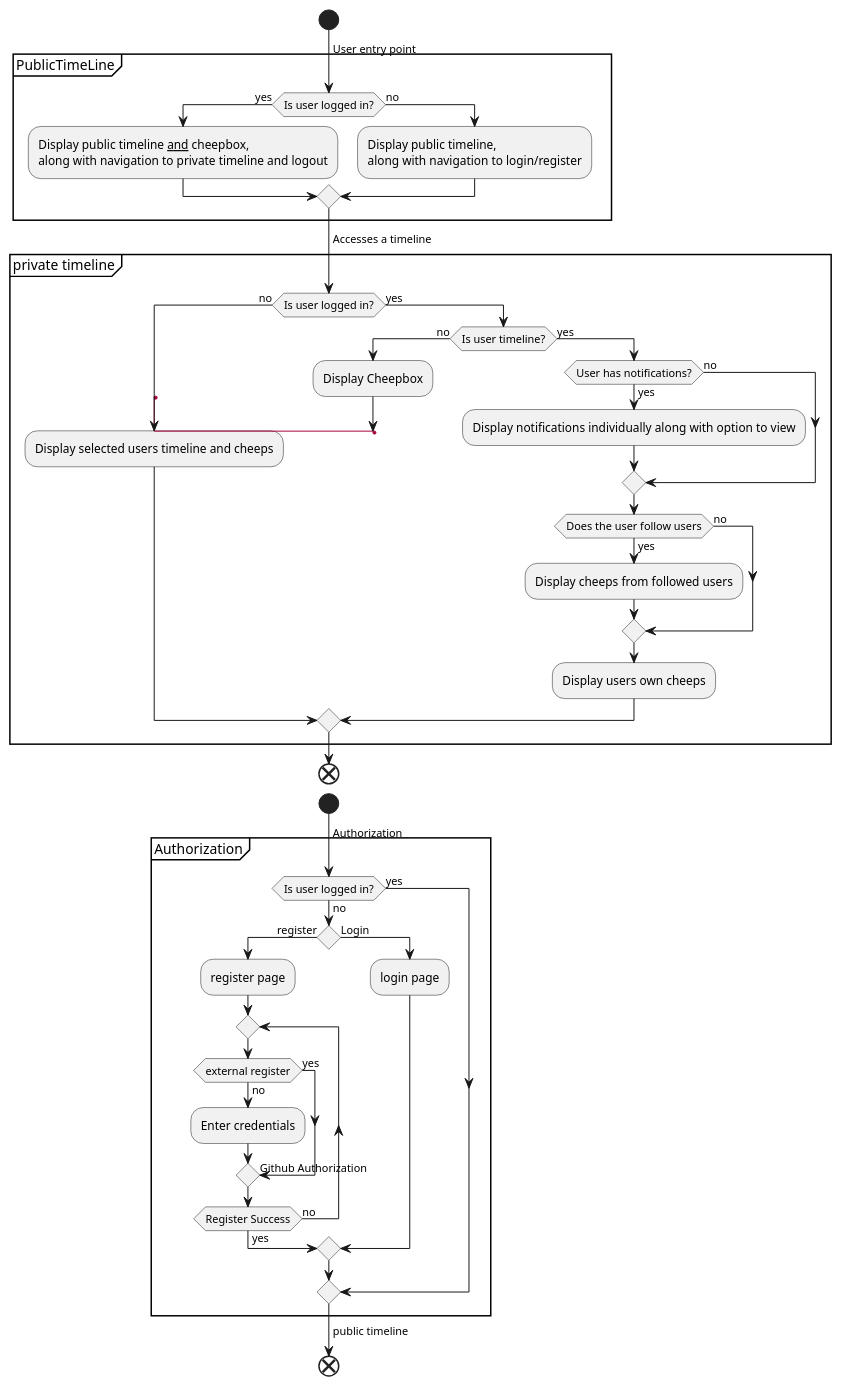
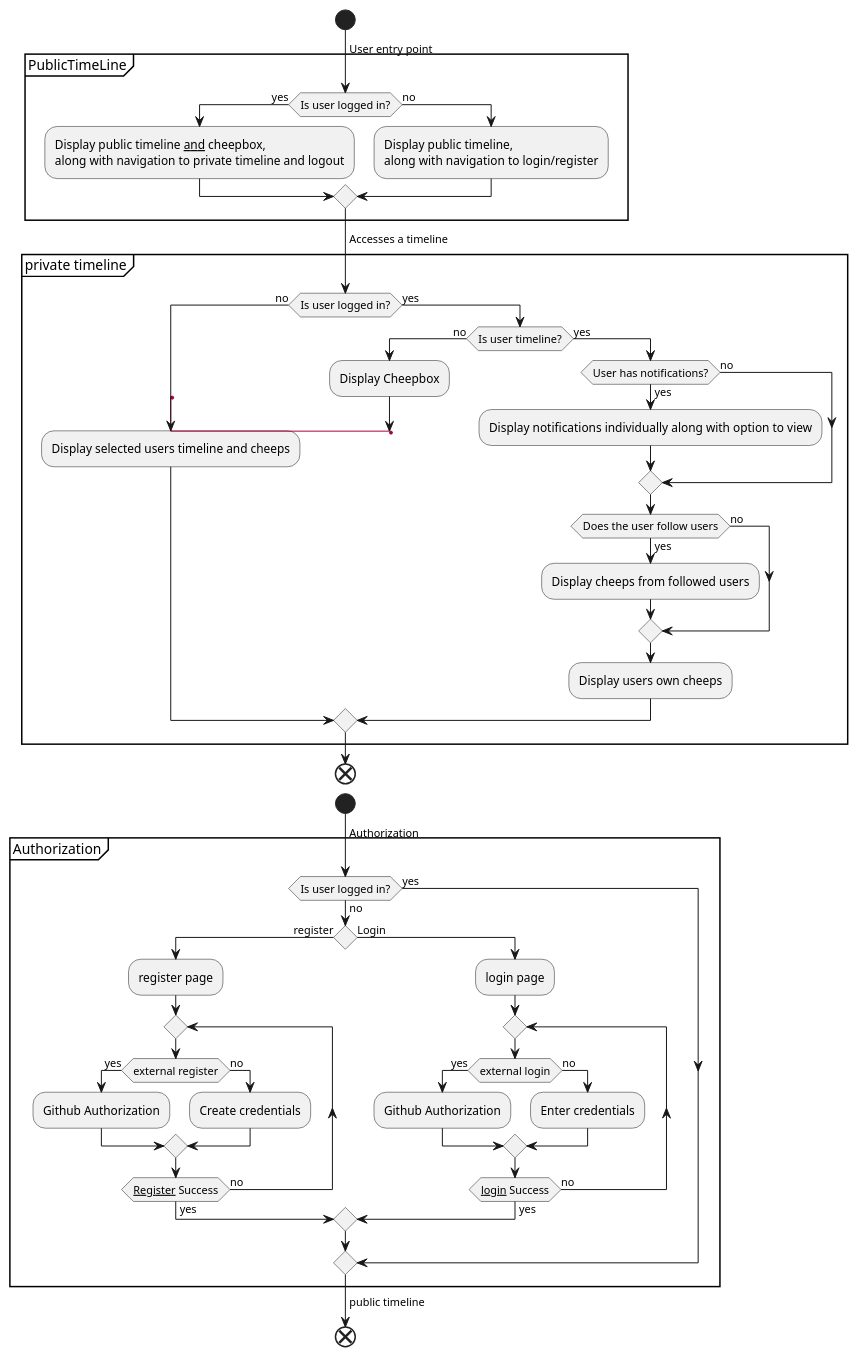
The diagram in docs/diagrams/src/ActivityDiagram.wsd (ITU-BDSA2024-GROUP12/Chirp), drawn with PlantUML before and after one commit.

Commit message:
Auth on activity diagram finished

```diff
--- a/docs/diagrams/src/ActivityDiagram.wsd
+++ b/docs/diagrams/src/ActivityDiagram.wsd
@@ -1,58 +1,65 @@
 @startuml 1
 start
 group PublicTimeLine 
     -> User entry point;
     if (Is user logged in?) then (yes)
         :Display public timeline __and__ cheepbox,\nalong with navigation to private timeline and logout;
     else (no)
         :Display public timeline,\nalong with navigation to login/register;
     endif
 end group
 group private timeline
     -> Accesses a timeline;
     if(Is user logged in?) then (no)
         'The first two labels are only used as spacers'
         label spacer1
         label spacer2
         label NonUserTimeline
         :Display selected users timeline and cheeps;
     else (yes)
   if(Is user timeline?) then (no)
             :Display Cheepbox;
             goto NonUserTimeline
         else (yes)
             if(User has notifications?) then (no)
             else (yes)
             :Display notifications individually along with option to view;
             endif
             if(Does the user follow users) then (no)
             else (yes)
             :Display cheeps from followed users;
             endif
             :Display users own cheeps;
         endif
     endif
 end group
 end
 start
 partition Authorization {
     -> Authorization;
     if(Is user logged in?) then (yes)
     else (no)
     if() then (register)
         :register page;
         repeat
         if(external register) then (yes)
-        -> Github Authorization;
+        :Github Authorization;
+        else (no)
+        :Create credentials;
+        endif
+        repeat while (__Register__ Success) is (no) not (yes)
+    else (Login)
+        :login page;
+        repeat
+        if(external login) then (yes)
+        :Github Authorization;
         else (no)
         :Enter credentials;
         endif
-        repeat while (Register Success) is (no) not (yes)
-    else (Login)
-        :login page;
+        repeat while (__login__ Success) is (no) not (yes)
     endif
     endif
     }
     -> public timeline;
 end
 @enduml
```
